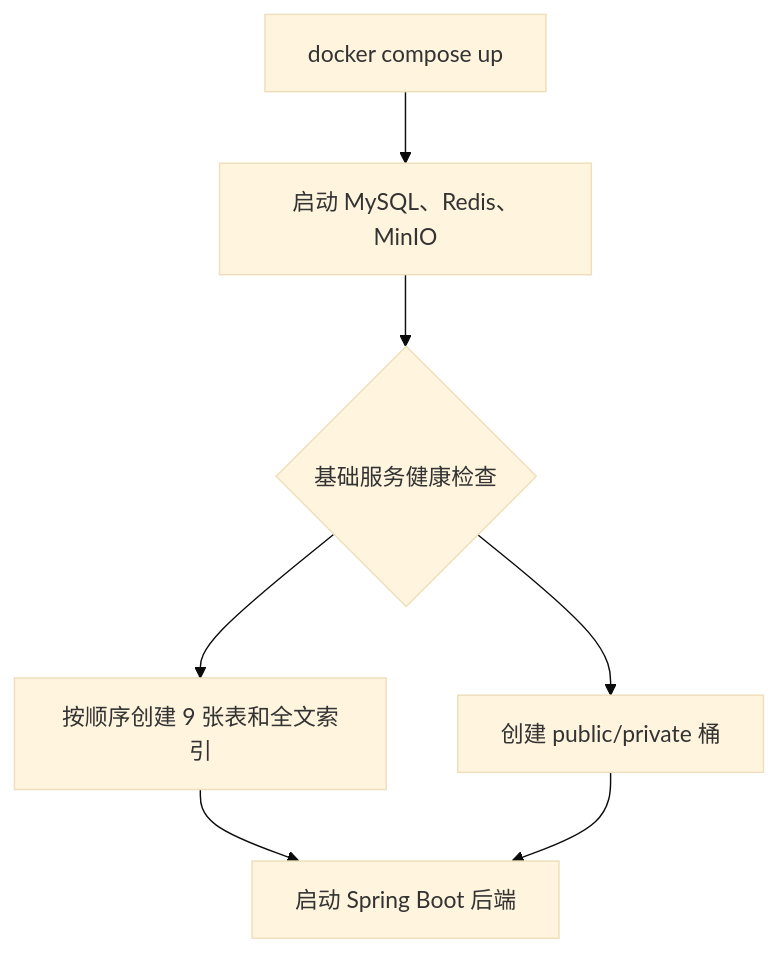
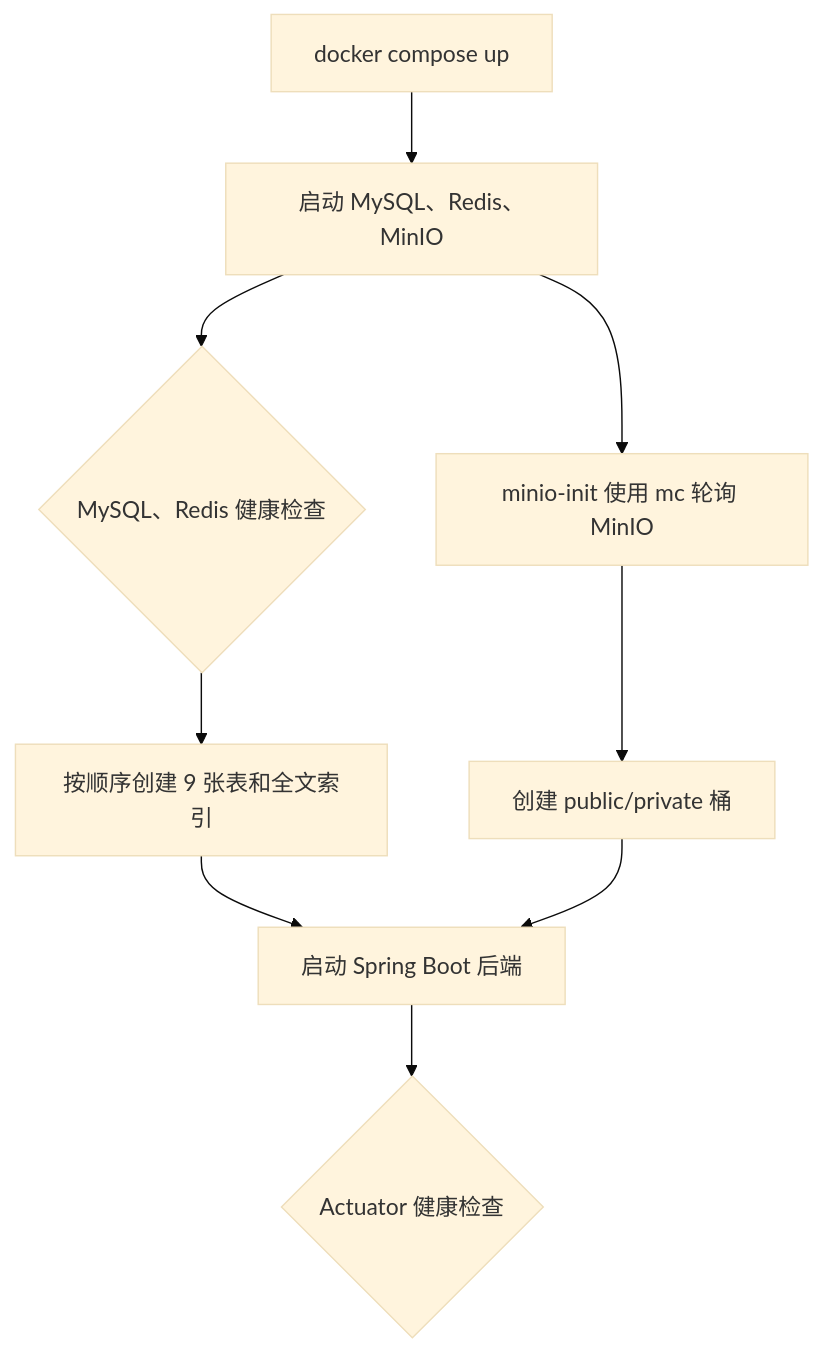
The second of 2 diagrams in README.md (Git-creat7/teamdocs), drawn with Mermaid (base theme) before and after one commit. The commit also changed other lines of this file and 9 other files, not shown here.

````diff
--- a/README.md
+++ b/README.md
@@ -70,9 +82,11 @@
 ```mermaid
 flowchart TD
     Up[docker compose up] --> Infra[启动 MySQL、Redis、MinIO]
-    Infra --> Health{基础服务健康检查}
+    Infra --> Health{MySQL、Redis 健康检查}
+    Infra --> MinioInit[minio-init 使用 mc 轮询 MinIO]
     Health --> SQL[按顺序创建 9 张表和全文索引]
-    Health --> Buckets[创建 public/private 桶]
+    MinioInit --> Buckets[创建 public/private 桶]
     SQL --> App[启动 Spring Boot 后端]
     Buckets --> App
+    App --> AppHealth{Actuator 健康检查}
 ```
````
